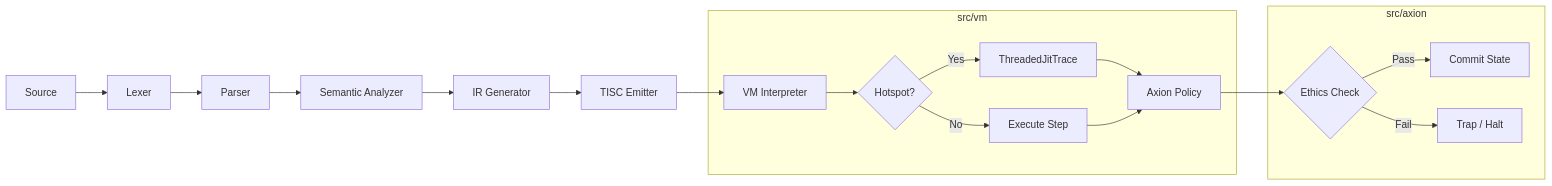
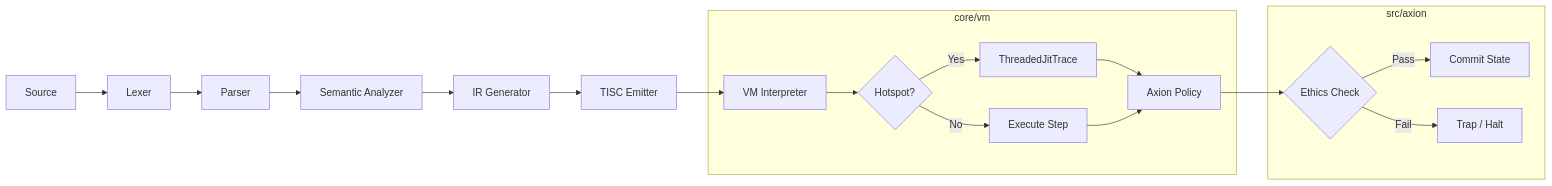
One commit to ryansctt1994-sudo/t81-foundation changed the first of 6 diagrams in docs/reference/architecture.md. Above: the diagram before and after it, drawn with Mermaid. The commit also changed 22 other files, not shown here.

````diff
--- a/docs/reference/architecture.md
+++ b/docs/reference/architecture.md
@@ -9,23 +9,23 @@
 ```mermaid
 flowchart LR
     Source[Source] --> Lexer[Lexer]
     Lexer --> Parser[Parser]
     Parser --> Semantic[Semantic Analyzer]
     Semantic --> IR[IR Generator]
     IR --> TISC[TISC Emitter]
     TISC --> VM[VM Interpreter]
 
-    subgraph Runtime [src/vm]
+    subgraph Runtime [core/vm]
         VM --> JIT{Hotspot?}
         JIT -- Yes --> Trace[ThreadedJitTrace]
         JIT -- No --> Exec[Execute Step]
         Trace --> Axion[Axion Policy]
         Exec --> Axion
     end
 
     subgraph Governance [src/axion]
         Axion --> Ethics{Ethics Check}
         Ethics -- Pass --> Commit[Commit State]
         Ethics -- Fail --> Trap[Trap / Halt]
     end
 ```
````
